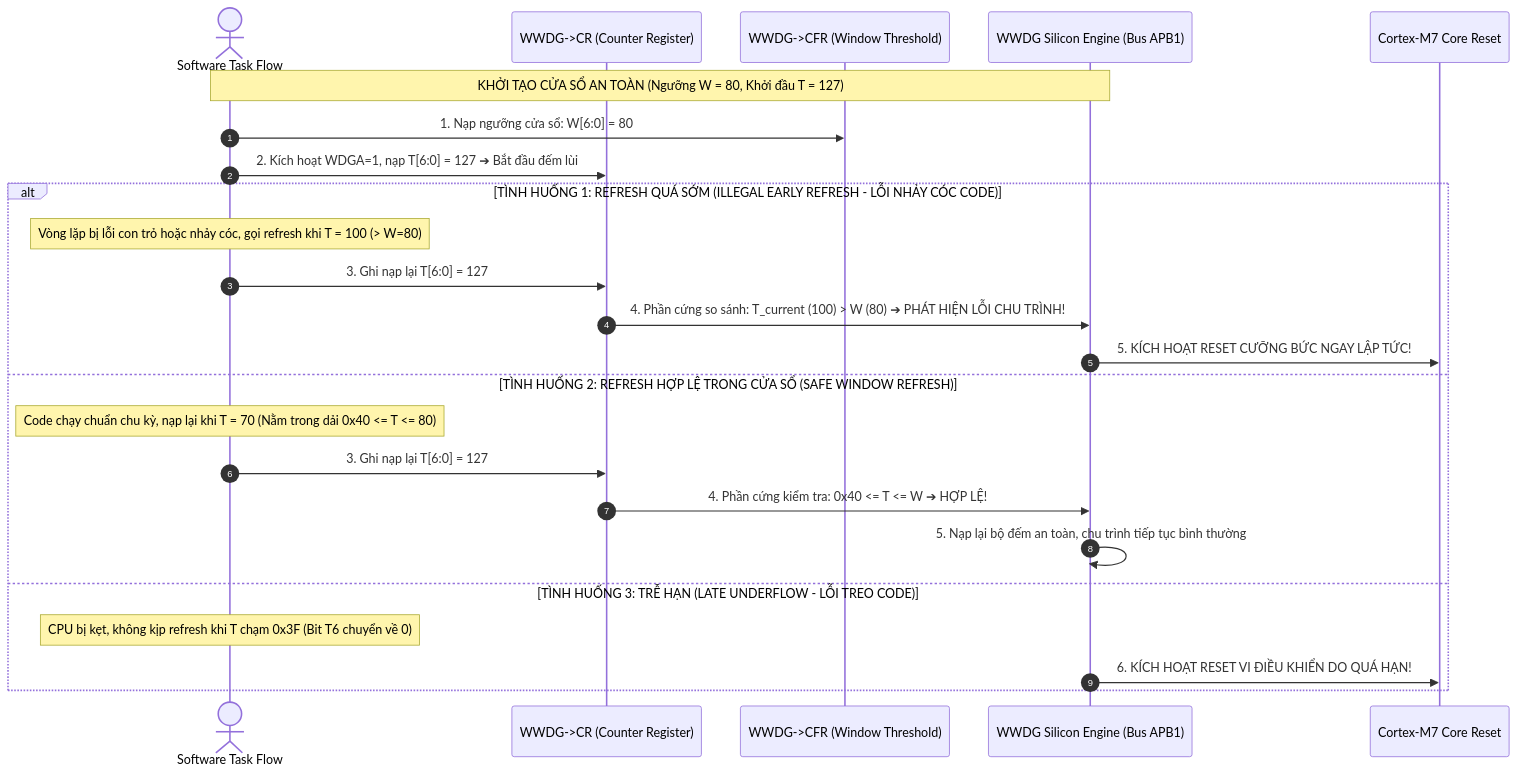
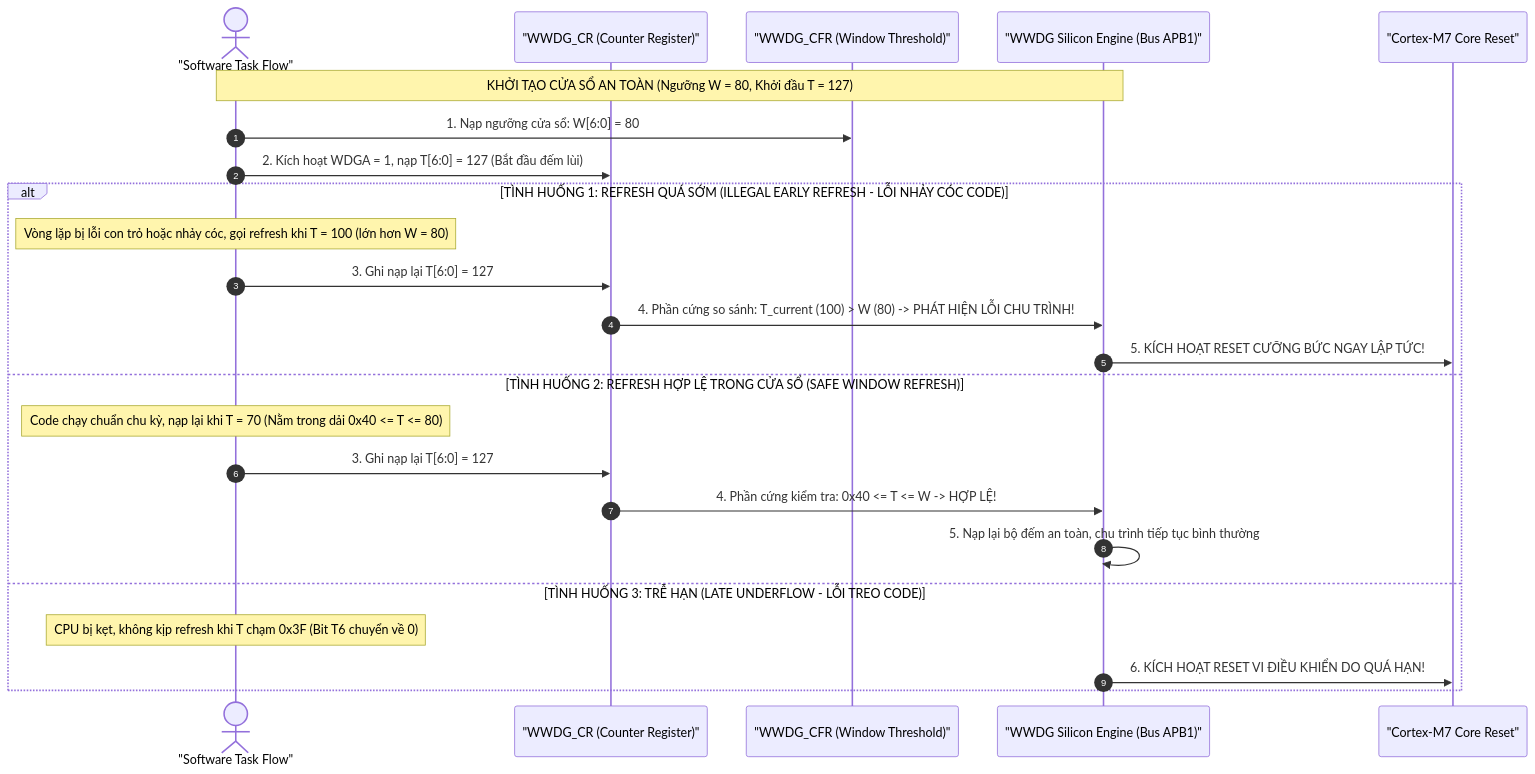
Before and after one commit to HuynhTran112/source: the second of 4 diagrams in day06_learning_guide.md, drawn with Mermaid. The commit also changed other lines of this file and 13 other files, not shown here.

````diff
--- a/day06_learning_guide.md
+++ b/day06_learning_guide.md
@@ -190,28 +203,28 @@
 ```mermaid
 sequenceDiagram
     autonumber
-    actor App as Software Task Flow
-    participant CR as WWDG->CR (Counter Register)
-    participant CFR as WWDG->CFR (Window Threshold)
-    participant Silicon as WWDG Silicon Engine (Bus APB1)
-    participant Reset as Cortex-M7 Core Reset
+    actor App as "Software Task Flow"
+    participant CR as "WWDG_CR (Counter Register)"
+    participant CFR as "WWDG_CFR (Window Threshold)"
+    participant Silicon as "WWDG Silicon Engine (Bus APB1)"
+    participant Reset as "Cortex-M7 Core Reset"
 
     Note over App,Silicon: KHỞI TẠO CỬA SỔ AN TOÀN (Ngưỡng W = 80, Khởi đầu T = 127)
     App->>CFR: 1. Nạp ngưỡng cửa sổ: W[6:0] = 80
-    App->>CR: 2. Kích hoạt WDGA=1, nạp T[6:0] = 127 ➔ Bắt đầu đếm lùi
+    App->>CR: 2. Kích hoạt WDGA = 1, nạp T[6:0] = 127 (Bắt đầu đếm lùi)
 
     alt TÌNH HUỐNG 1: REFRESH QUÁ SỚM (ILLEGAL EARLY REFRESH - LỖI NHẢY CÓC CODE)
-        Note over App: Vòng lặp bị lỗi con trỏ hoặc nhảy cóc, gọi refresh khi T = 100 (> W=80)
+        Note over App: Vòng lặp bị lỗi con trỏ hoặc nhảy cóc, gọi refresh khi T = 100 (lớn hơn W = 80)
         App->>CR: 3. Ghi nạp lại T[6:0] = 127
-        CR->>Silicon: 4. Phần cứng so sánh: T_current (100) > W (80) ➔ PHÁT HIỆN LỖI CHU TRÌNH!
+        CR->>Silicon: 4. Phần cứng so sánh: T_current (100) > W (80) -> PHÁT HIỆN LỖI CHU TRÌNH!
         Silicon->>Reset: 5. KÍCH HOẠT RESET CƯỠNG BỨC NGAY LẬP TỨC!
     else TÌNH HUỐNG 2: REFRESH HỢP LỆ TRONG CỬA SỔ (SAFE WINDOW REFRESH)
         Note over App: Code chạy chuẩn chu kỳ, nạp lại khi T = 70 (Nằm trong dải 0x40 <= T <= 80)
         App->>CR: 3. Ghi nạp lại T[6:0] = 127
-        CR->>Silicon: 4. Phần cứng kiểm tra: 0x40 <= T <= W ➔ HỢP LỆ!
+        CR->>Silicon: 4. Phần cứng kiểm tra: 0x40 <= T <= W -> HỢP LỆ!
         Silicon->>Silicon: 5. Nạp lại bộ đếm an toàn, chu trình tiếp tục bình thường
     else TÌNH HUỐNG 3: TRỄ HẠN (LATE UNDERFLOW - LỖI TREO CODE)
         Note over App: CPU bị kẹt, không kịp refresh khi T chạm 0x3F (Bit T6 chuyển về 0)
         Silicon->>Reset: 6. KÍCH HOẠT RESET VI ĐIỀU KHIỂN DO QUÁ HẠN!
     end
 ```
````
